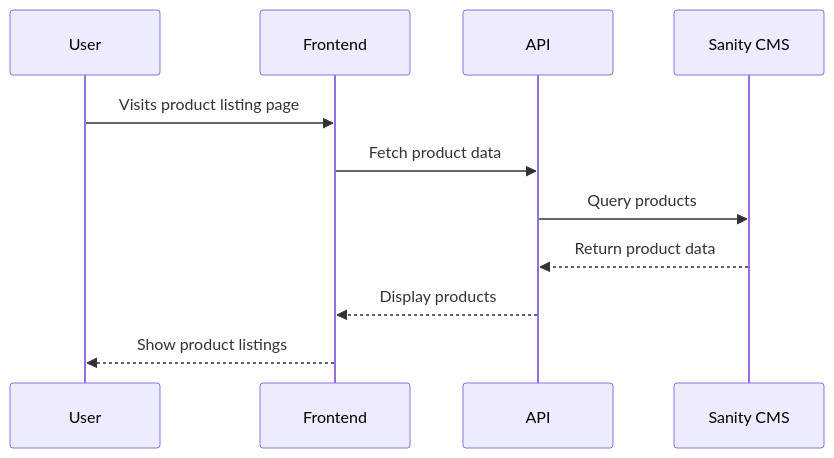
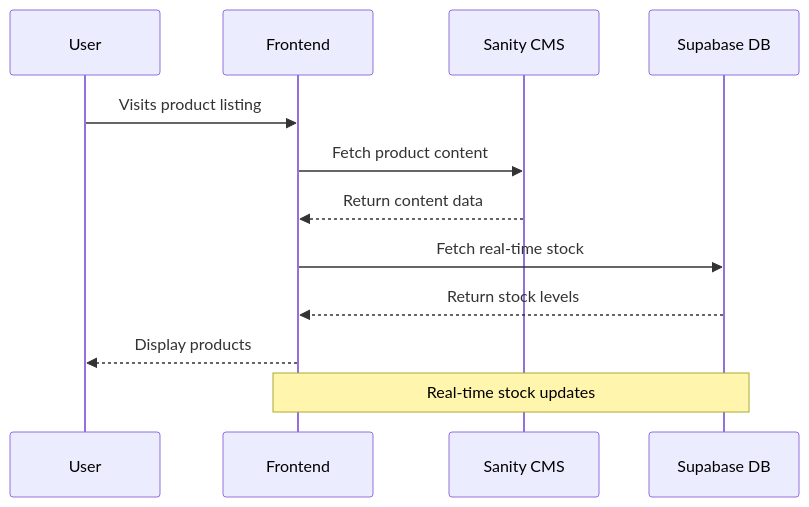
Before and after one commit to Zain-Ul-Abideen00/premium-lifestyle-footwear-marketplace: the third of 4 diagrams in Day2/README.md, drawn with Mermaid. The commit also changed other lines of this file and 21 other files, not shown here.

````diff
--- a/Day2/README.md
+++ b/Day2/README.md
@@ -94,14 +101,16 @@
 ```mermaid
 sequenceDiagram
     participant U as User
     participant F as Frontend
-    participant A as API
     participant S as Sanity CMS
+    participant D as Supabase DB
 
-    U->>F: Visits product listing page
-    F->>A: Fetch product data
-    A->>S: Query products
-    S-->>A: Return product data
-    A-->>F: Display products
-    F-->>U: Show product listings
+    U->>F: Visits product listing
+    F->>S: Fetch product content
+    S-->>F: Return content data
+    F->>D: Fetch real-time stock
+    D-->>F: Return stock levels
+    F-->>U: Display products
+
+    Note over D,F: Real-time stock updates
 ```
````
